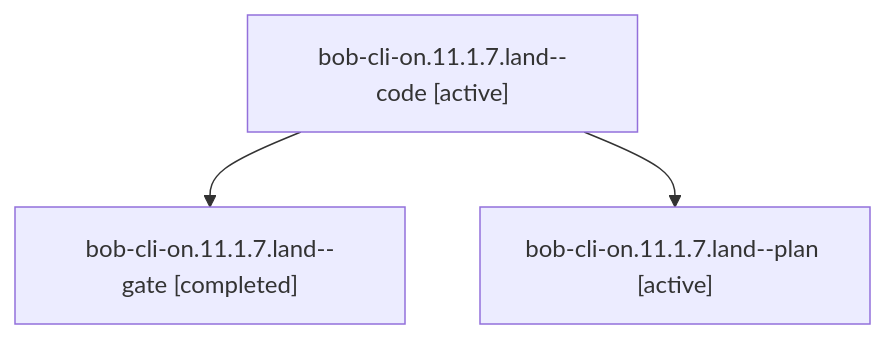
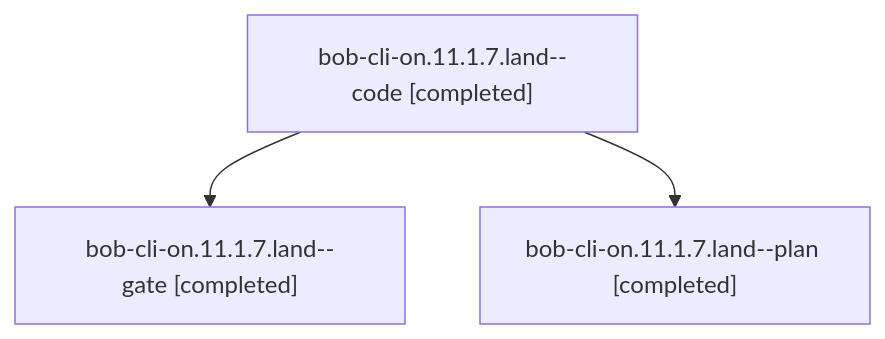
Before and after one commit to bobs-org/bob-cli--agents: the diagram in sessions/bbugyi200.athena.bob-cli-on.11.1.7.land.md, drawn with Mermaid. The commit also changed other lines of this file and 171 other files, not shown here.

````diff
--- a/sessions/bbugyi200.athena.bob-cli-on.11.1.7.land.md
+++ b/sessions/bbugyi200.athena.bob-cli-on.11.1.7.land.md
@@ -9,8 +9,8 @@
 ```mermaid
 flowchart TD
-  n0["bob-cli-on.11.1.7.land--code [active]"]
+  n0["bob-cli-on.11.1.7.land--code [completed]"]
   n1["bob-cli-on.11.1.7.land--gate [completed]"]
   n0 --> n1
-  n2["bob-cli-on.11.1.7.land--plan [active]"]
+  n2["bob-cli-on.11.1.7.land--plan [completed]"]
   n0 --> n2
 ```
````
